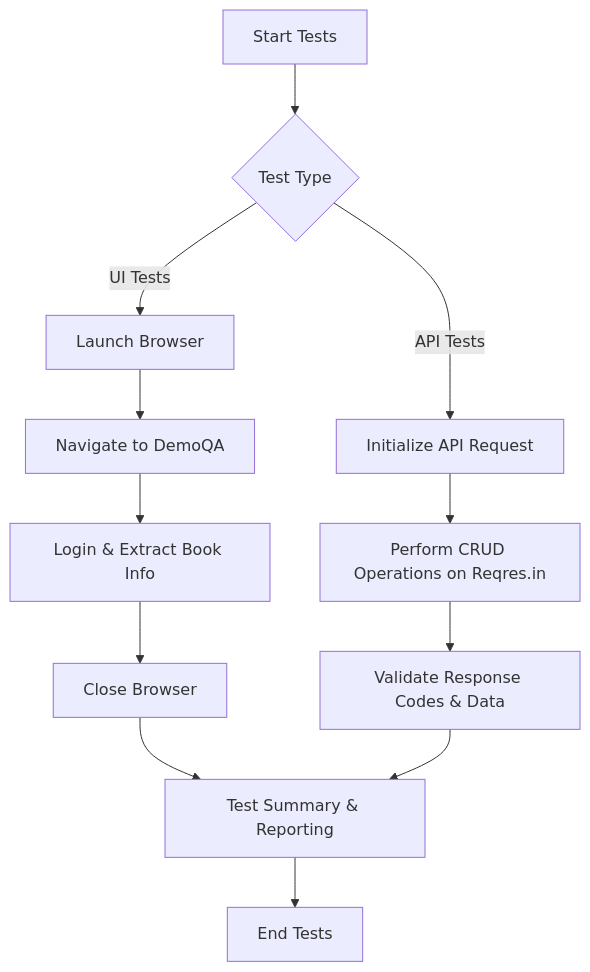
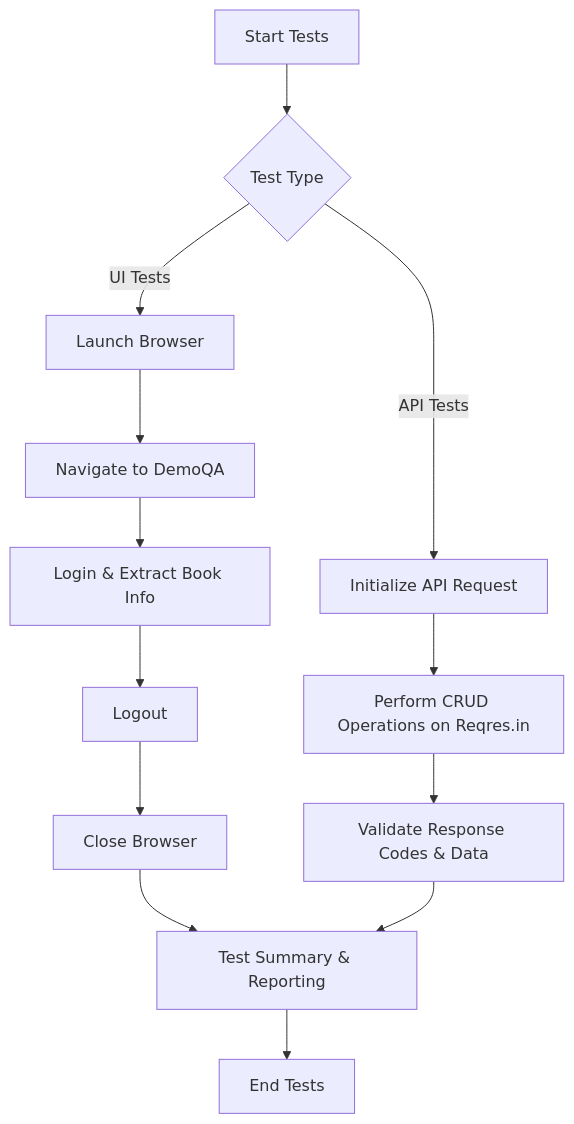
Before and after one commit to Pulzz29/FinacPlus_Assignment_QA_Automation: the diagram in README.md, drawn with Mermaid.

Commit message:
Readme File

````diff
--- a/README.md
+++ b/README.md
@@ -55,14 +55,15 @@
 ```mermaid
 graph TD
     A[Start Tests] --> B{Test Type}
     B -->|UI Tests| C[Launch Browser]
     C --> D[Navigate to DemoQA]
     D --> E[Login & Extract Book Info]
-    E --> F[Close Browser]
-    B -->|API Tests| G[Initialize API Request]
-    G --> H[Perform CRUD Operations on Reqres.in]
-    H --> I[Validate Response Codes & Data]
-    F --> J[Test Summary & Reporting]
-    I --> J
-    J --> K[End Tests]
+    E --> F[Logout]
+    F --> G[Close Browser]
+    B -->|API Tests| H[Initialize API Request]
+    H --> I[Perform CRUD Operations on Reqres.in]
+    I --> J[Validate Response Codes & Data]
+    G --> K[Test Summary & Reporting]
+    J --> K
+    K --> L[End Tests]
 ```
````
